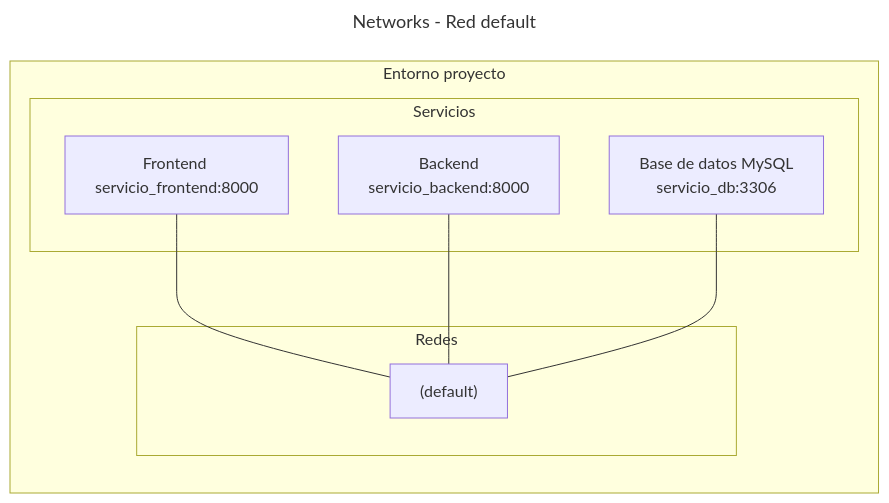
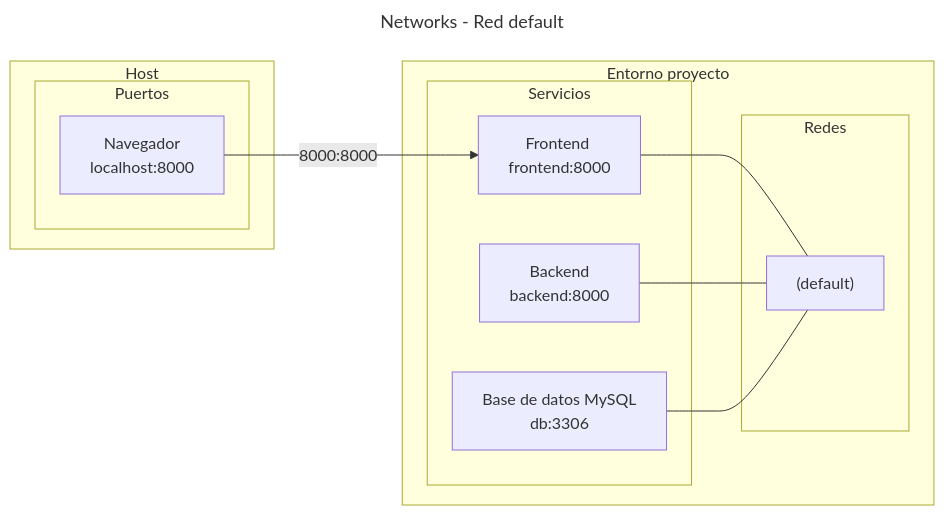
The first of 3 diagrams in docs/contenedores/networks.md (alejrot/python-docs), drawn with Mermaid before and after one commit. The commit also changed other lines of this file, not shown here.

````diff
--- a/docs/contenedores/networks.md
+++ b/docs/contenedores/networks.md
@@ -78,30 +78,39 @@
 ```mermaid
 ---
 title: "Networks - Red default"
 config:
   markdownAutoWrap: false
 ---
 flowchart LR
 
     subgraph proyecto [Entorno proyecto]
 
 
         subgraph services [Servicios]
         front["`Frontend 
-            servicio_frontend:8000`"]
+            frontend:8000`"]
         back["`Backend
-            servicio_backend:8000`"]
+            backend:8000`"]
         db["`Base de datos MySQL
-            servicio_db:3306`"]
+            db:3306`"]
         end
 
         subgraph redes [Redes]
             red-default["(default)"]
         end
 
     end
 
     front --- red-default
     back --- red-default
     db --- red-default
+
+    subgraph host [Host]
+        subgraph ports [Puertos]
+            port1["`Navegador
+            localhost:8000`"]
+        end
+    end
+
+    port1 -->|8000:8000| front
 ```
````
